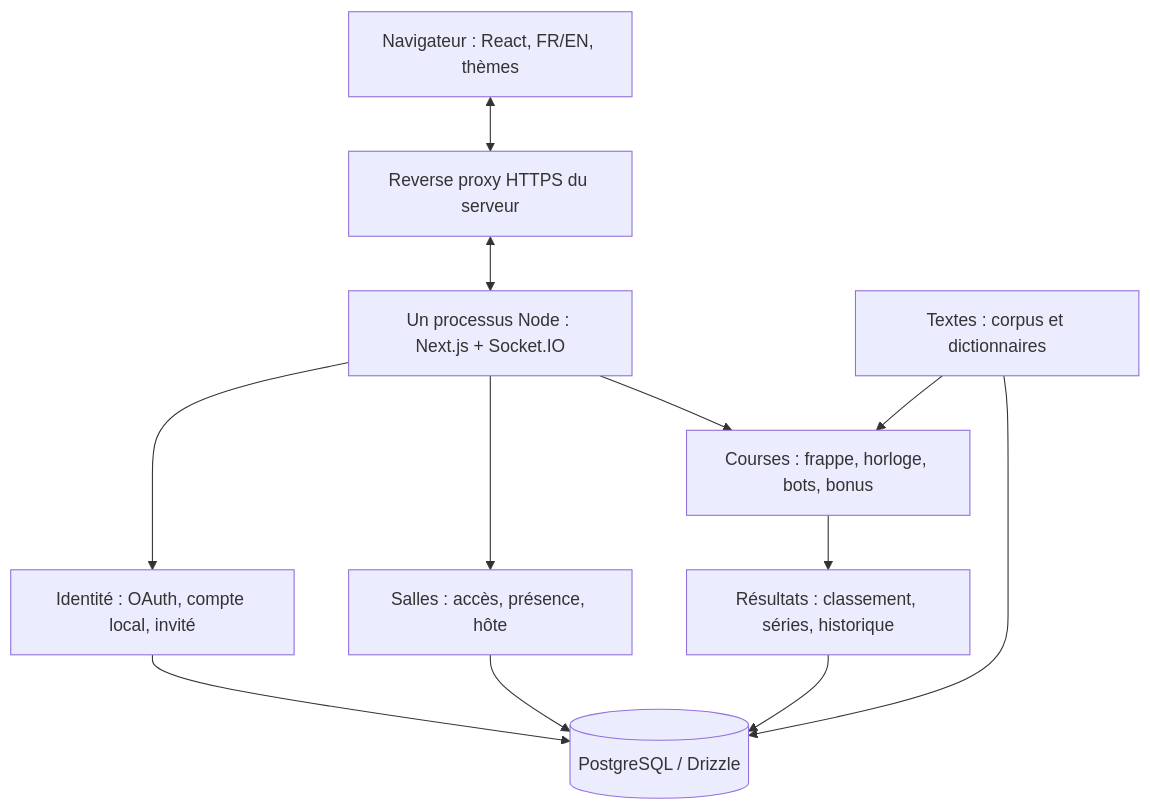
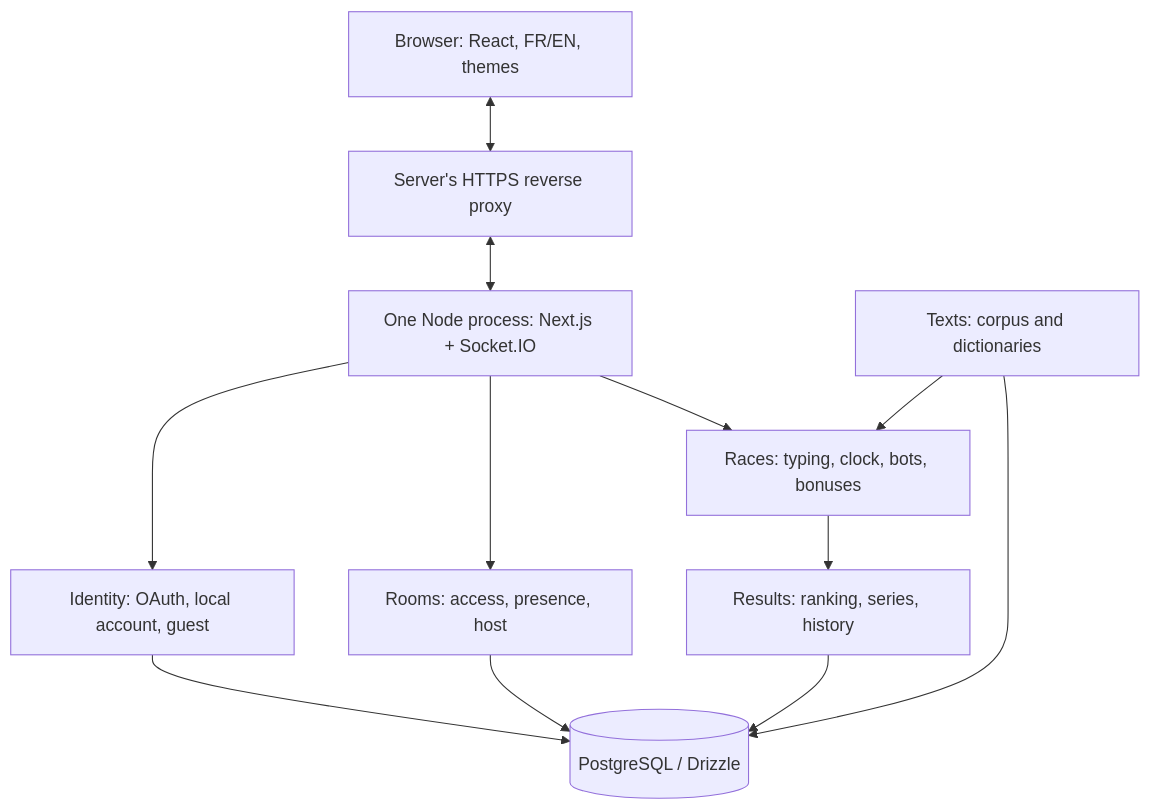
One commit to PhilJordan18/incision changed the first of 4 diagrams in docs/ARCHITECTURE.md. Above: the diagram before and after it, drawn with Mermaid. The commit also changed other lines of this file and 7 other files, not shown here.

First line of the commit message:
docs(architecture): translate architecture documents and ADR to English

````diff
--- a/docs/ARCHITECTURE.md
+++ b/docs/ARCHITECTURE.md
@@ -13,23 +13,23 @@
 ```mermaid
 flowchart TB
-  Browser["Navigateur : React, FR/EN, thèmes"]
-  TLS["Reverse proxy HTTPS du serveur"]
-  Web["Un processus Node : Next.js + Socket.IO"]
-  Identity["Identité : OAuth, compte local, invité"]
-  Rooms["Salles : accès, présence, hôte"]
-  Racing["Courses : frappe, horloge, bots, bonus"]
-  Content["Textes : corpus et dictionnaires"]
-  Results["Résultats : classement, séries, historique"]
+  Browser["Browser: React, FR/EN, themes"]
+  TLS["Server's HTTPS reverse proxy"]
+  Web["One Node process: Next.js + Socket.IO"]
+  Identity["Identity: OAuth, local account, guest"]
+  Rooms["Rooms: access, presence, host"]
+  Racing["Races: typing, clock, bots, bonuses"]
+  Content["Texts: corpus and dictionaries"]
+  Results["Results: ranking, series, history"]
   DB[("PostgreSQL / Drizzle")]
   Browser <--> TLS
   TLS <--> Web
   Web --> Identity
   Web --> Rooms
   Web --> Racing
   Content --> Racing
   Racing --> Results
   Identity --> DB
   Rooms --> DB
   Content --> DB
   Results --> DB
 ```
````
